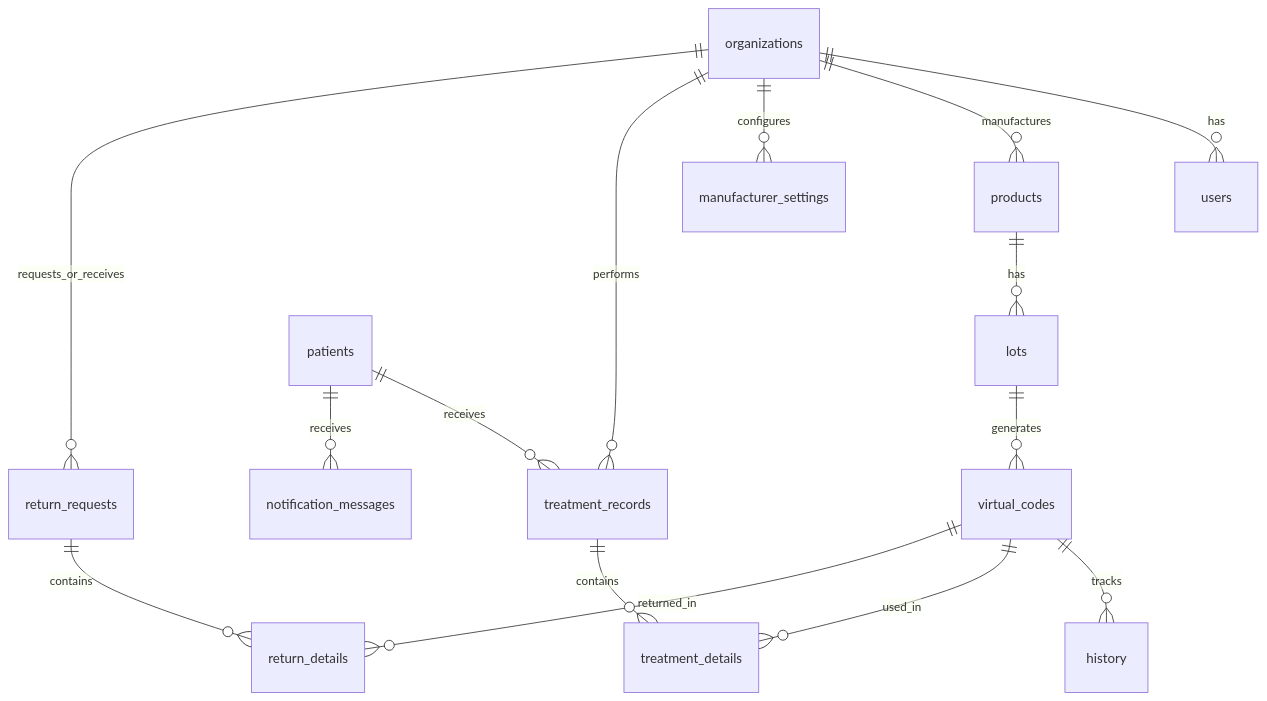
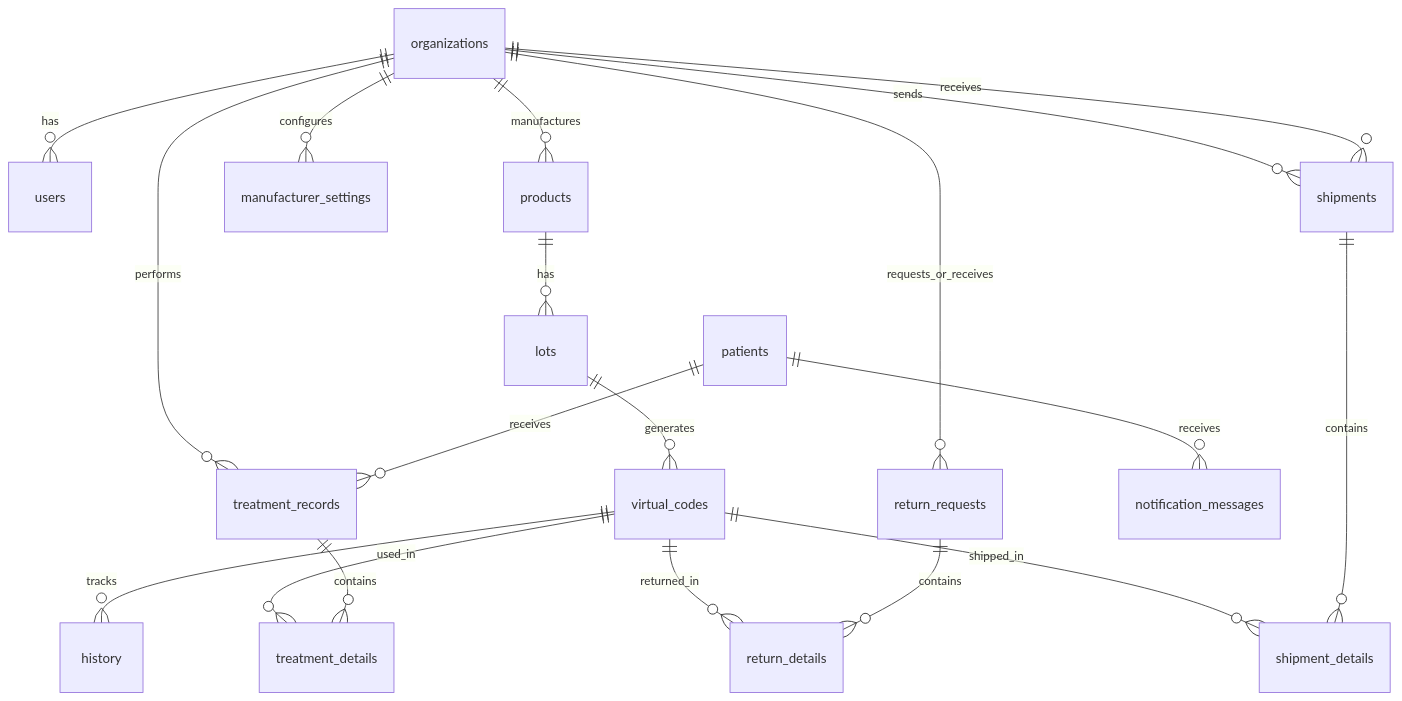
One commit to rabbit92carrot/neo-certify-20251120ver changed the diagram in docs/development-plans/phase-1/README.md. Above: the diagram before and after it, drawn with Mermaid. The commit also changed other lines of this file and 4 other files, not shown here.

First line of the commit message:
fix(phase-1): add shipments tables to Phase 1 schema

````diff
--- a/docs/development-plans/phase-1/README.md
+++ b/docs/development-plans/phase-1/README.md
@@ -78,22 +82,27 @@
 ```mermaid
 erDiagram
     organizations ||--o{ users : has
     organizations ||--o{ products : manufactures
     organizations ||--o{ manufacturer_settings : configures
-    
+
     products ||--o{ lots : has
     lots ||--o{ virtual_codes : generates
-    
+
     virtual_codes ||--o{ history : tracks
     virtual_codes ||--o{ treatment_details : used_in
     virtual_codes ||--o{ return_details : returned_in
-    
+    virtual_codes ||--o{ shipment_details : shipped_in
+
+    organizations ||--o{ shipments : sends
+    organizations ||--o{ shipments : receives
+    shipments ||--o{ shipment_details : contains
+
     organizations ||--o{ treatment_records : performs
     patients ||--o{ treatment_records : receives
     treatment_records ||--o{ treatment_details : contains
-    
+
     organizations ||--o{ return_requests : requests_or_receives
     return_requests ||--o{ return_details : contains
-    
+
     patients ||--o{ notification_messages : receives
 ```
````
